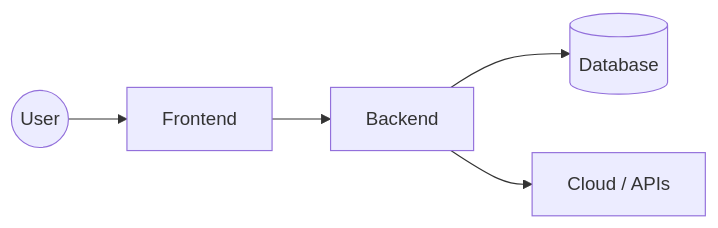
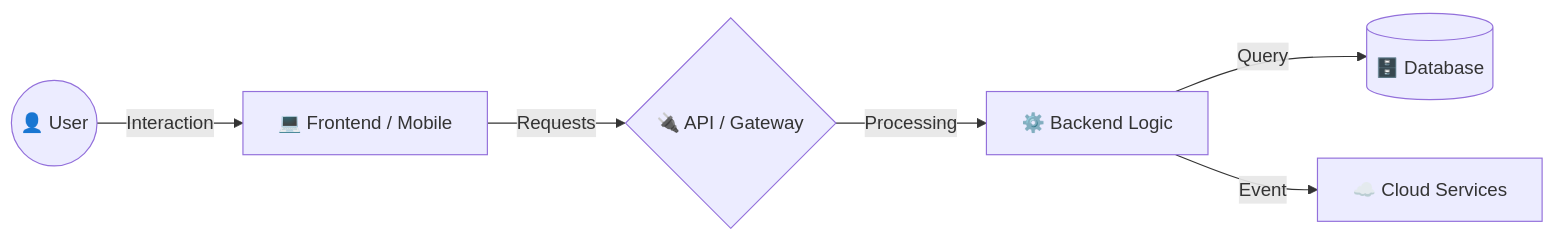
One commit to Abdellatif110/Full-Stack-Roadmap changed the diagram in full-stack-roadmap.md. Above: the diagram before and after it, drawn with Mermaid. The commit also changed other lines of this file, not shown here.

Commit message:
Update README to Best Version with Mermaid diagrams and improved structure

````diff
--- a/full-stack-roadmap.md
+++ b/full-stack-roadmap.md
@@ -47,7 +36,8 @@
 ```mermaid
 graph LR
-  User((User)) --> Frontend[Frontend]
-  Frontend --> Backend[Backend]
-  Backend --> Database[(Database)]
-  Backend --> Cloud[Cloud / APIs]
+  User((👤 User)) -- Interaction --> Frontend[💻 Frontend / Mobile]
+  Frontend -- Requests --> API{🔌 API / Gateway}
+  API -- Processing --> Backend[⚙️ Backend Logic]
+  Backend -- Query --> DB[(🗄️ Database)]
+  Backend -- Event --> Cloud[☁️ Cloud Services]
 ```
````
